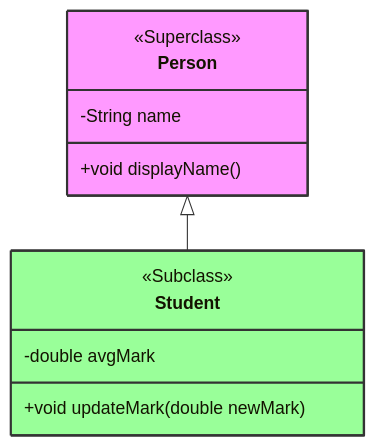
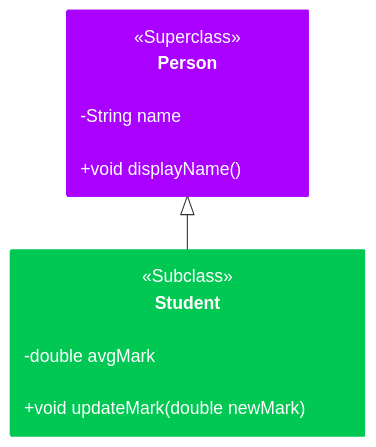
Before and after one commit to uandersonferreira/java-oracle-course: the fifth of 5 diagrams in src/br/com/uanderson/java-oracle-section-01.md, drawn with Mermaid. The commit also changed other lines of this file and 43 other files, not shown here.

````diff
--- a/src/br/com/uanderson/java-oracle-section-01.md
+++ b/src/br/com/uanderson/java-oracle-section-01.md
@@ -698,24 +699,24 @@
   ```mermaid
   classDiagram
     class Person {
         -String name
         +void displayName()
     }
     class Student {
         -double avgMark
         +void updateMark(double newMark)
     }
 
     Person <|-- Student
 
     class Person {
         <<Superclass>>
     }
 
     class Student {
         <<Subclass>>
     }
 
-    style Person fill:#f9f,stroke:#333,stroke-width:2px;
-    style Student fill:#9f9,stroke:#333,stroke-width:2px;
+    style Person color:#FFFFFF, fill:#AA00FF, stroke:#AA00FF,stroke-width:2px;
+    style Student color:#FFFFFF, stroke:#00C853, fill:#00C853,stroke-width:2px;
   ```
````
